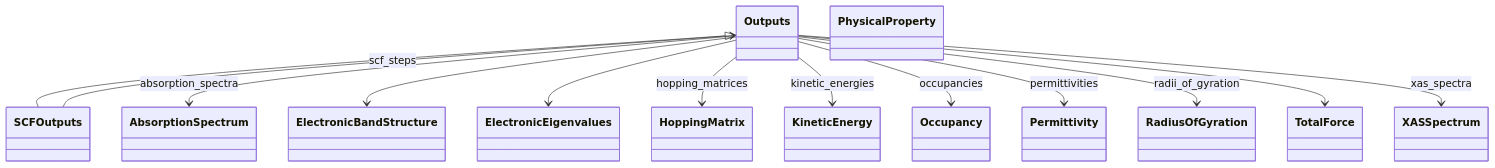
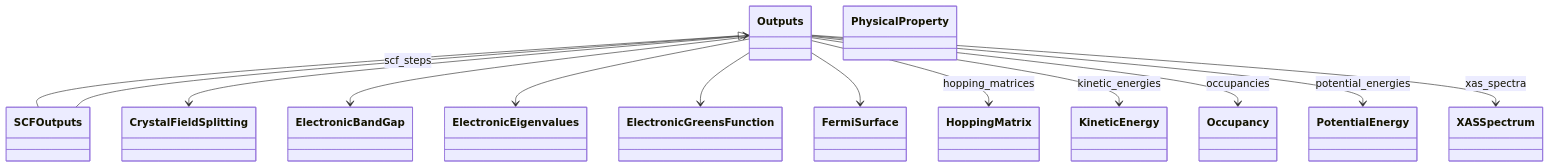
Before and after one commit to FAIRmat-NFDI/nomad-simulations: the second of 2 diagrams in docs/schema/outputs.diagram.md, drawn with Mermaid. The commit also changed 2 other files, not shown here.

Commit message:
docs integrity

````diff
--- a/docs/schema/outputs.diagram.md
+++ b/docs/schema/outputs.diagram.md
@@ -68,41 +68,41 @@
 ```mermaid
 classDiagram
-    class AbsorptionSpectrum {
+    class CrystalFieldSplitting {
     }
-    class ElectronicBandStructure {
+    class ElectronicBandGap {
     }
     class ElectronicEigenvalues {
+    }
+    class ElectronicGreensFunction {
+    }
+    class FermiSurface {
     }
     class HoppingMatrix {
     }
     class KineticEnergy {
     }
     class Occupancy {
     }
     class Outputs {
     }
-    class Permittivity {
-    }
     class PhysicalProperty {
     }
-    class RadiusOfGyration {
+    class PotentialEnergy {
     }
     class SCFOutputs {
-    }
-    class TotalForce {
     }
     class XASSpectrum {
     }
     Outputs <|-- SCFOutputs
-    Outputs --> AbsorptionSpectrum : absorption_spectra
-    Outputs --> ElectronicBandStructure
+    Outputs --> CrystalFieldSplitting
+    Outputs --> ElectronicBandGap
     Outputs --> ElectronicEigenvalues
+    Outputs --> ElectronicGreensFunction
+    Outputs --> FermiSurface
     Outputs --> HoppingMatrix : hopping_matrices
     Outputs --> KineticEnergy : kinetic_energies
     Outputs --> Occupancy : occupancies
-    Outputs --> Permittivity : permittivities
-    Outputs --> RadiusOfGyration : radii_of_gyration
-    Outputs --> TotalForce
+    Outputs --> PotentialEnergy : potential_energies
     Outputs --> XASSpectrum : xas_spectra
     SCFOutputs --> Outputs : scf_steps
 ```
````
